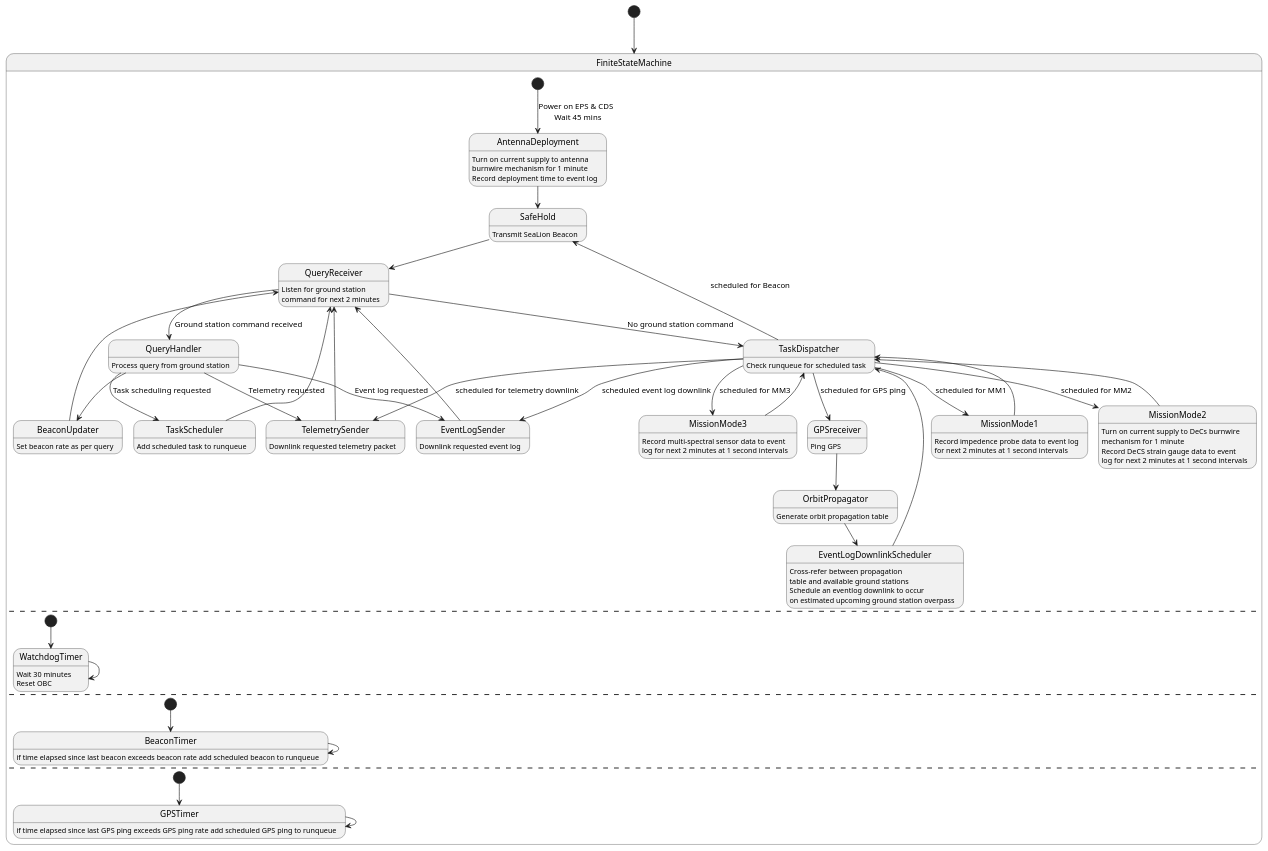
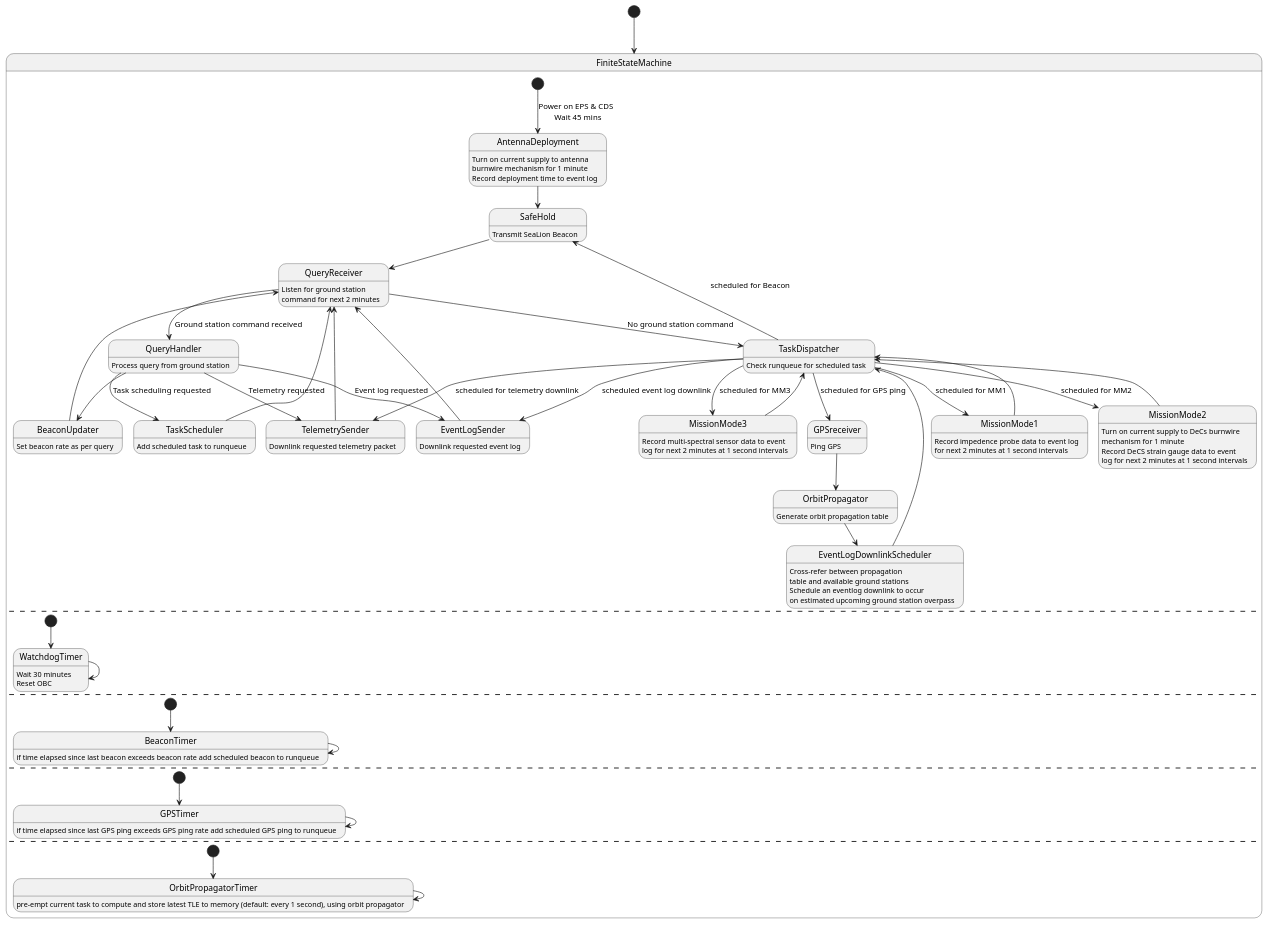
One commit to ODU-CGA-CubeSat/FSW changed the diagram in fsw-architecture/operating-mode-as-fsm.puml. Above: the diagram before and after it, drawn with PlantUML.

Commit message:
add interrupt timer for OrbitPropagator

```diff
--- a/fsw-architecture/operating-mode-as-fsm.puml
+++ b/fsw-architecture/operating-mode-as-fsm.puml
@@ -1,90 +1,95 @@
 @startuml
 
 [*] --> FiniteStateMachine
 state FiniteStateMachine {
       state AntennaDeployment
             AntennaDeployment : Turn on current supply to antenna
             AntennaDeployment : burnwire mechanism for 1 minute
             AntennaDeployment : Record deployment time to event log
       state SafeHold
             SafeHold : Transmit SeaLion Beacon
       state QueryReceiver
             QueryReceiver : Listen for ground station
             QueryReceiver : command for next 2 minutes
       state TelemetrySender
             TelemetrySender : Downlink requested telemetry packet
       state EventLogSender
             EventLogSender : Downlink requested event log
       state BeaconUpdater
             BeaconUpdater : Set beacon rate as per query
       state MissionMode1
             MissionMode1 : Record impedence probe data to event log
             MissionMode1 : for next 2 minutes at 1 second intervals
       state MissionMode2
             MissionMode2 : Turn on current supply to DeCs burnwire
             MissionMode2 : mechanism for 1 minute
             MissionMode2 : Record DeCS strain gauge data to event
             MissionMode2 : log for next 2 minutes at 1 second intervals
       state MissionMode3
             MissionMode3 : Record multi-spectral sensor data to event
             MissionMode3 : log for next 2 minutes at 1 second intervals
       state TaskDispatcher
             TaskDispatcher : Check runqueue for scheduled task
       state OrbitPropagator
             OrbitPropagator : Generate orbit propagation table
       state EventLogDownlinkScheduler
             EventLogDownlinkScheduler : Cross-refer between propagation
             EventLogDownlinkScheduler : table and available ground stations
             EventLogDownlinkScheduler : Schedule an eventlog downlink to occur
             EventLogDownlinkScheduler : on estimated upcoming ground station overpass
       state GPSreceiver
             GPSreceiver : Ping GPS
       state QueryHandler
             QueryHandler : Process query from ground station
       state TaskScheduler
             TaskScheduler : Add scheduled task to runqueue
 
       [*] --> AntennaDeployment : Power on EPS & CDS \n Wait 45 mins
       AntennaDeployment --> SafeHold
       SafeHold --> QueryReceiver
       QueryReceiver --> QueryHandler : Ground station command received
       QueryHandler --> TelemetrySender : Telemetry requested
       QueryHandler --> EventLogSender : Event log requested
       QueryHandler --> TaskScheduler : Task scheduling requested
       QueryHandler --> BeaconUpdater
       BeaconUpdater --> QueryReceiver
       TelemetrySender --> QueryReceiver
       EventLogSender --> QueryReceiver
       TaskScheduler --> QueryReceiver
       GPSreceiver --> OrbitPropagator
       OrbitPropagator --> EventLogDownlinkScheduler
       EventLogDownlinkScheduler --> TaskDispatcher
       QueryReceiver --> TaskDispatcher : No ground station command
       TaskDispatcher --> MissionMode1 : scheduled for MM1
       TaskDispatcher --> MissionMode2 : scheduled for MM2
       TaskDispatcher --> MissionMode3 : scheduled for MM3
       TaskDispatcher --> EventLogSender : scheduled event log downlink
       TaskDispatcher --> TelemetrySender : scheduled for telemetry downlink
       TaskDispatcher --> GPSreceiver : scheduled for GPS ping
       TaskDispatcher --> SafeHold : scheduled for Beacon
       MissionMode1 --> TaskDispatcher
       MissionMode2 --> TaskDispatcher
       MissionMode3 --> TaskDispatcher
       --
       state WatchdogTimer
             WatchdogTimer : Wait 30 minutes
             WatchdogTimer : Reset OBC
       [*] --> WatchdogTimer
       WatchdogTimer --> WatchdogTimer
       --
       state BeaconTimer
             BeaconTimer : if time elapsed since last beacon exceeds beacon rate add scheduled beacon to runqueue
       [*] --> BeaconTimer
       BeaconTimer --> BeaconTimer
       --
       state GPSTimer
             GPSTimer : if time elapsed since last GPS ping exceeds GPS ping rate add scheduled GPS ping to runqueue
       [*] --> GPSTimer
       GPSTimer --> GPSTimer
+      --
+      state OrbitPropagatorTimer
+            OrbitPropagatorTimer : pre-empt current task to compute and store latest TLE to memory (default: every 1 second), using orbit propagator
+      [*] --> OrbitPropagatorTimer
+      OrbitPropagatorTimer --> OrbitPropagatorTimer
 }
 @enduml
```
